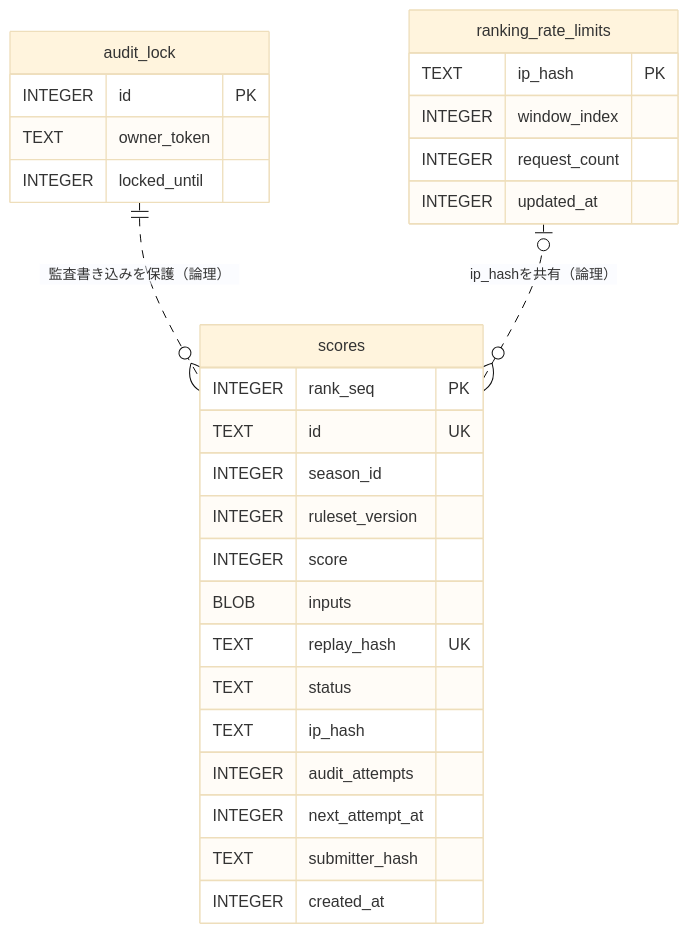
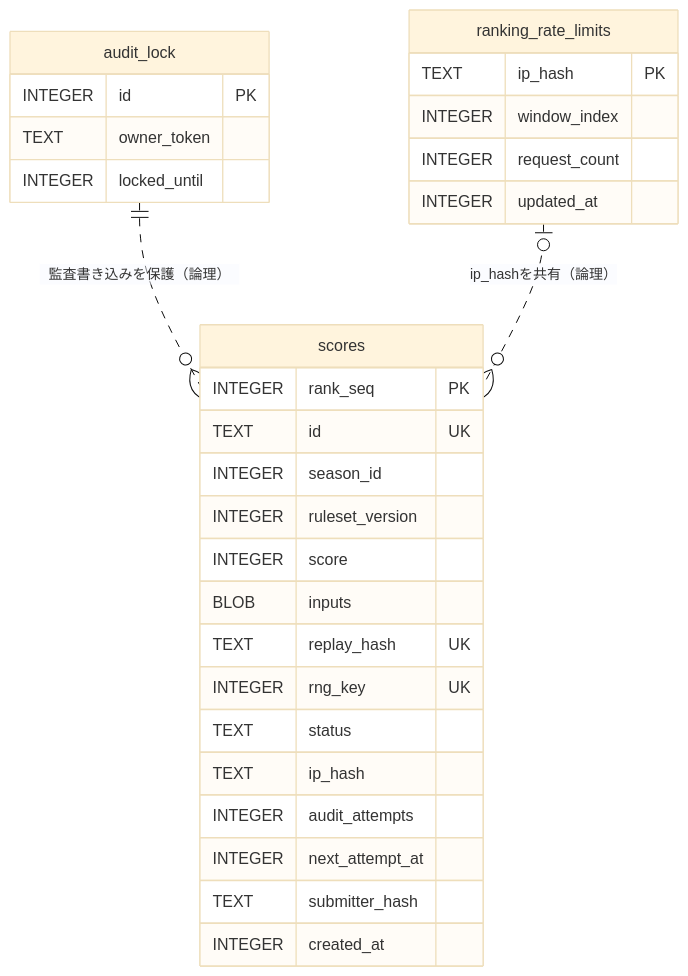
Before and after one commit to shimabox/qixxx: the diagram in docs/ranking-schema.md, drawn with Mermaid (base theme). The commit also changed other lines of this file and 13 other files, not shown here.

````diff
--- a/docs/ranking-schema.md
+++ b/docs/ranking-schema.md
@@ -25,34 +25,35 @@
 ```mermaid
 erDiagram
     audit_lock ||..o{ scores : "監査書き込みを保護（論理）"
     ranking_rate_limits o|..o{ scores : "ip_hashを共有（論理）"
 
     scores {
         INTEGER rank_seq PK
         TEXT id UK
         INTEGER season_id
         INTEGER ruleset_version
         INTEGER score
         BLOB inputs
         TEXT replay_hash UK
+        INTEGER rng_key UK
         TEXT status
         TEXT ip_hash
         INTEGER audit_attempts
         INTEGER next_attempt_at
         TEXT submitter_hash
         INTEGER created_at
     }
 
     audit_lock {
         INTEGER id PK
         TEXT owner_token
         INTEGER locked_until
     }
 
     ranking_rate_limits {
         TEXT ip_hash PK
         INTEGER window_index
         INTEGER request_count
         INTEGER updated_at
     }
 ```
````
